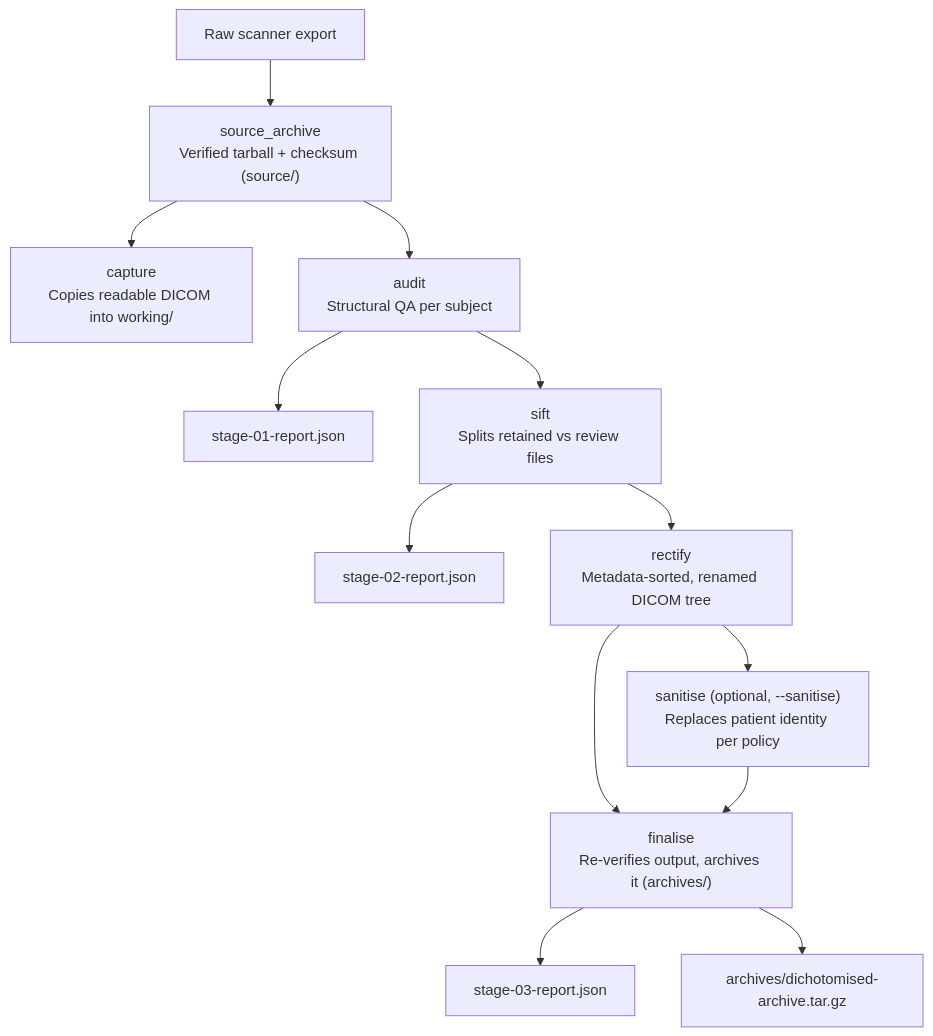
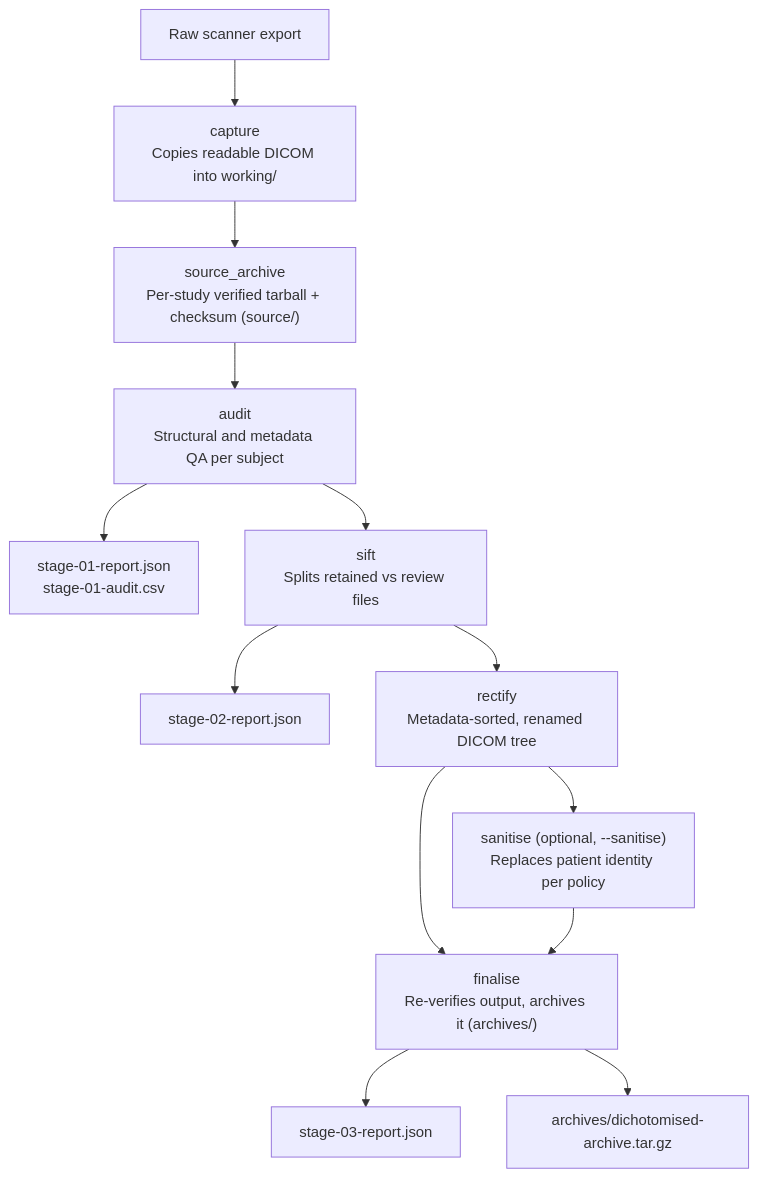
One commit to srikash/dichotomise changed the diagram in README.md. Above: the diagram before and after it, drawn with Mermaid. The commit also changed other lines of this file, not shown here.

````diff
--- a/README.md
+++ b/README.md
@@ -236,15 +247,15 @@
 ```mermaid
 flowchart TD
-    SOURCE["Raw scanner export"] --> ARCHIVE["source_archive<br/>Verified tarball + checksum (source/)"]
-    ARCHIVE --> CAPTURE["capture<br/>Copies readable DICOM into working/"]
-    ARCHIVE --> AUDIT["audit<br/>Structural QA per subject"]
-    AUDIT --> REPORT1["stage-01-report.json"]
+    SOURCE["Raw scanner export"] --> CAPTURE["capture<br/>Copies readable DICOM into working/"]
+    CAPTURE --> ARCHIVE["source_archive<br/>Per-study verified tarball + checksum (source/)"]
+    ARCHIVE --> AUDIT["audit<br/>Structural and metadata QA per subject"]
+    AUDIT --> REPORT1["stage-01-report.json<br/>stage-01-audit.csv"]
     AUDIT --> SIFT["sift<br/>Splits retained vs review files"]
     SIFT --> REPORT2["stage-02-report.json"]
     SIFT --> RECTIFY["rectify<br/>Metadata-sorted, renamed DICOM tree"]
     RECTIFY --> SANITISE["sanitise (optional, --sanitise)<br/>Replaces patient identity per policy"]
     RECTIFY --> FINALISE["finalise<br/>Re-verifies output, archives it (archives/)"]
     SANITISE --> FINALISE
     FINALISE --> REPORT3["stage-03-report.json"]
     FINALISE --> ARCHIVES["archives/dichotomised-archive.tar.gz"]
 ```
````
